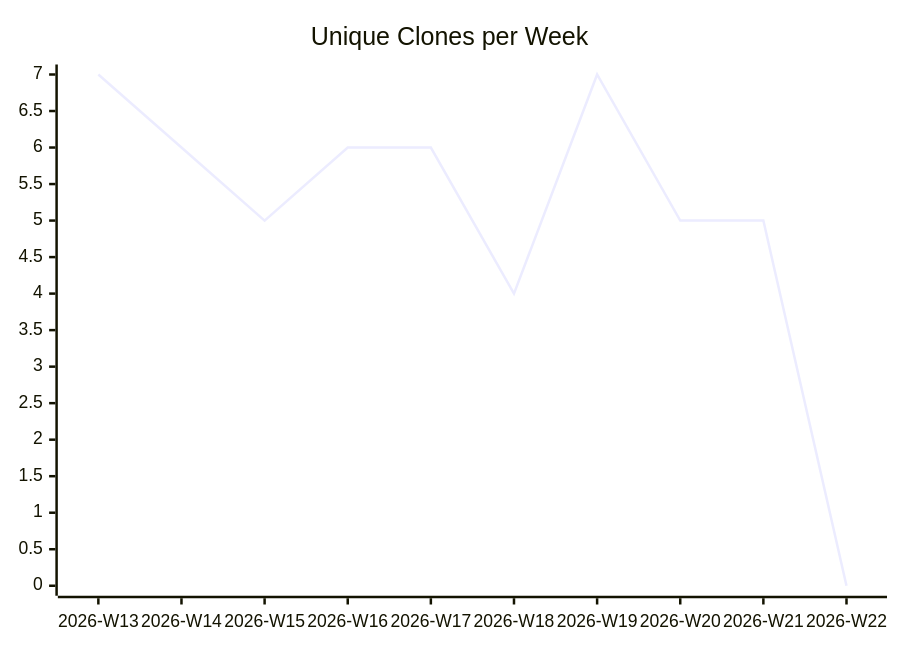
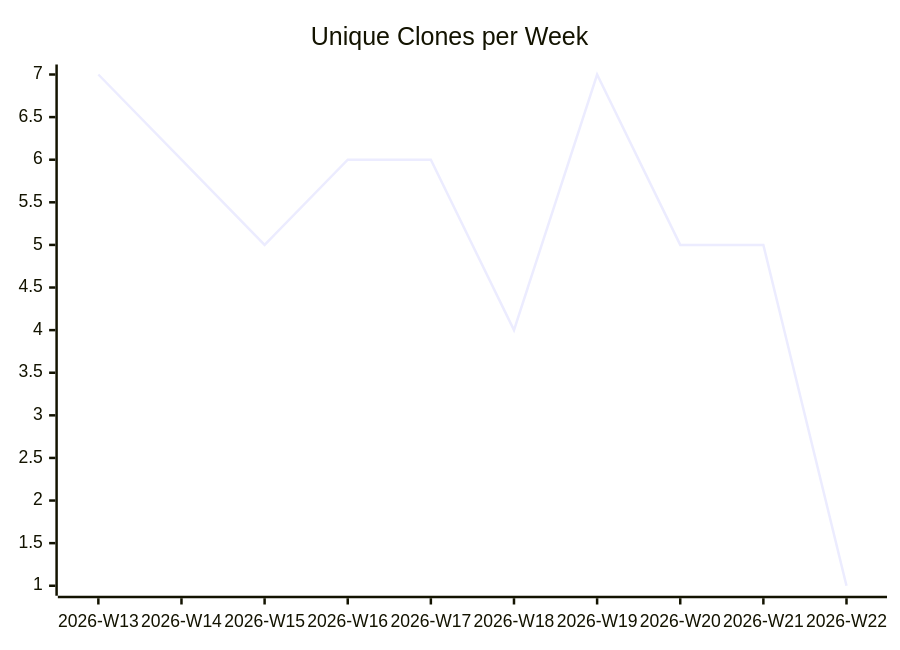
Before and after one commit to justdavis-family/github-analytics-data: the third of 3 diagrams in karlmdavis/lego-ev3dev-rs/README.md, drawn with Mermaid. The commit also changed other lines of this file and 191 other files, not shown here.

````diff
--- a/karlmdavis/lego-ev3dev-rs/README.md
+++ b/karlmdavis/lego-ev3dev-rs/README.md
@@ -19,6 +19,6 @@
 ```mermaid
 xychart-beta
   title "Unique Clones per Week"
   x-axis ["2026-W13", "2026-W14", "2026-W15", "2026-W16", "2026-W17", "2026-W18", "2026-W19", "2026-W20", "2026-W21", "2026-W22"]
-  line [7, 6, 5, 6, 6, 4, 7, 5, 5, 0]
+  line [7, 6, 5, 6, 6, 4, 7, 5, 5, 1]
 ```
````
